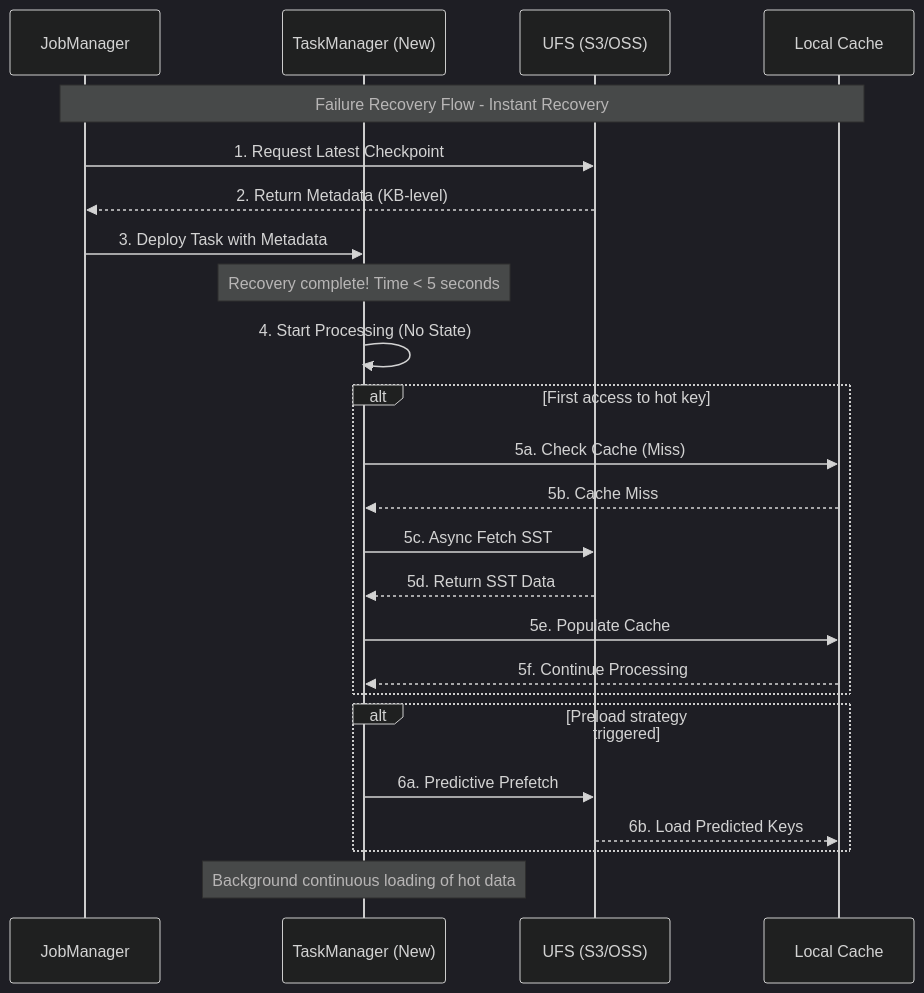
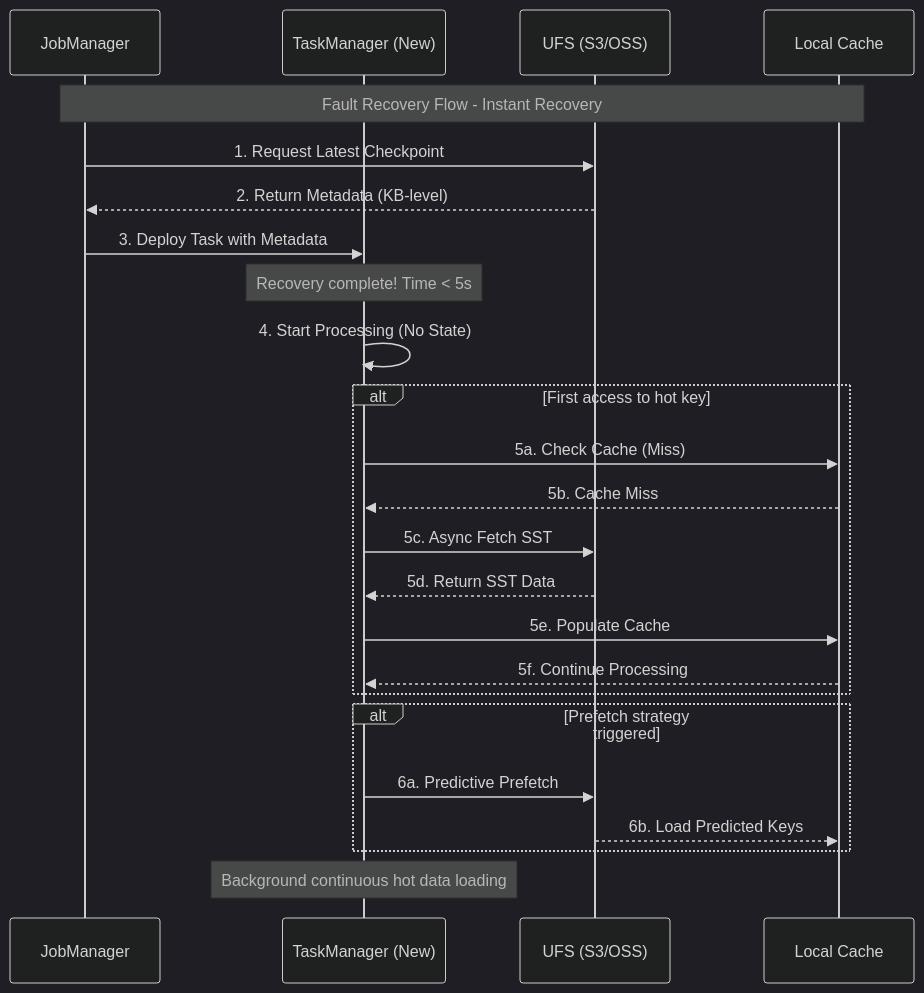
The fourth of 7 diagrams in i18n/en/Flink/02-core/flink-2.0-forst-state-backend-en.md (AdaMartin18010/AnalysisDataFlow), drawn with Mermaid (dark theme) before and after one commit. The commit also changed other lines of this file and 80 other files, not shown here.

````diff
--- a/i18n/en/Flink/02-core/flink-2.0-forst-state-backend-en.md
+++ b/i18n/en/Flink/02-core/flink-2.0-forst-state-backend-en.md
@@ -1124,33 +1122,33 @@
 ```mermaid
 sequenceDiagram
     participant JM as JobManager
     participant TM as TaskManager (New)
     participant UFS as UFS (S3/OSS)
     participant Cache as Local Cache
 
-    Note over JM,Cache: Failure Recovery Flow - Instant Recovery
+    Note over JM,Cache: Fault Recovery Flow - Instant Recovery
 
     JM->>UFS: 1. Request Latest Checkpoint
     UFS-->>JM: 2. Return Metadata (KB-level)
     JM->>TM: 3. Deploy Task with Metadata
 
-    Note over TM: Recovery complete! Time < 5 seconds
+    Note over TM: Recovery complete! Time < 5s
 
     TM->>TM: 4. Start Processing (No State)
 
     alt First access to hot key
         TM->>Cache: 5a. Check Cache (Miss)
         Cache-->>TM: 5b. Cache Miss
         TM->>UFS: 5c. Async Fetch SST
         UFS-->>TM: 5d. Return SST Data
         TM->>Cache: 5e. Populate Cache
         Cache-->>TM: 5f. Continue Processing
     end
 
-    alt Preload strategy triggered
+    alt Prefetch strategy triggered
         TM->>UFS: 6a. Predictive Prefetch
         UFS-->>Cache: 6b. Load Predicted Keys
     end
 
-    Note over TM: Background continuous loading of hot data
+    Note over TM: Background continuous hot data loading
 ```
````
